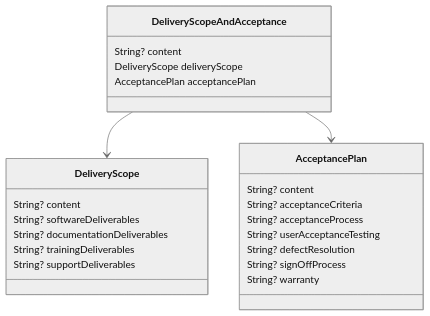
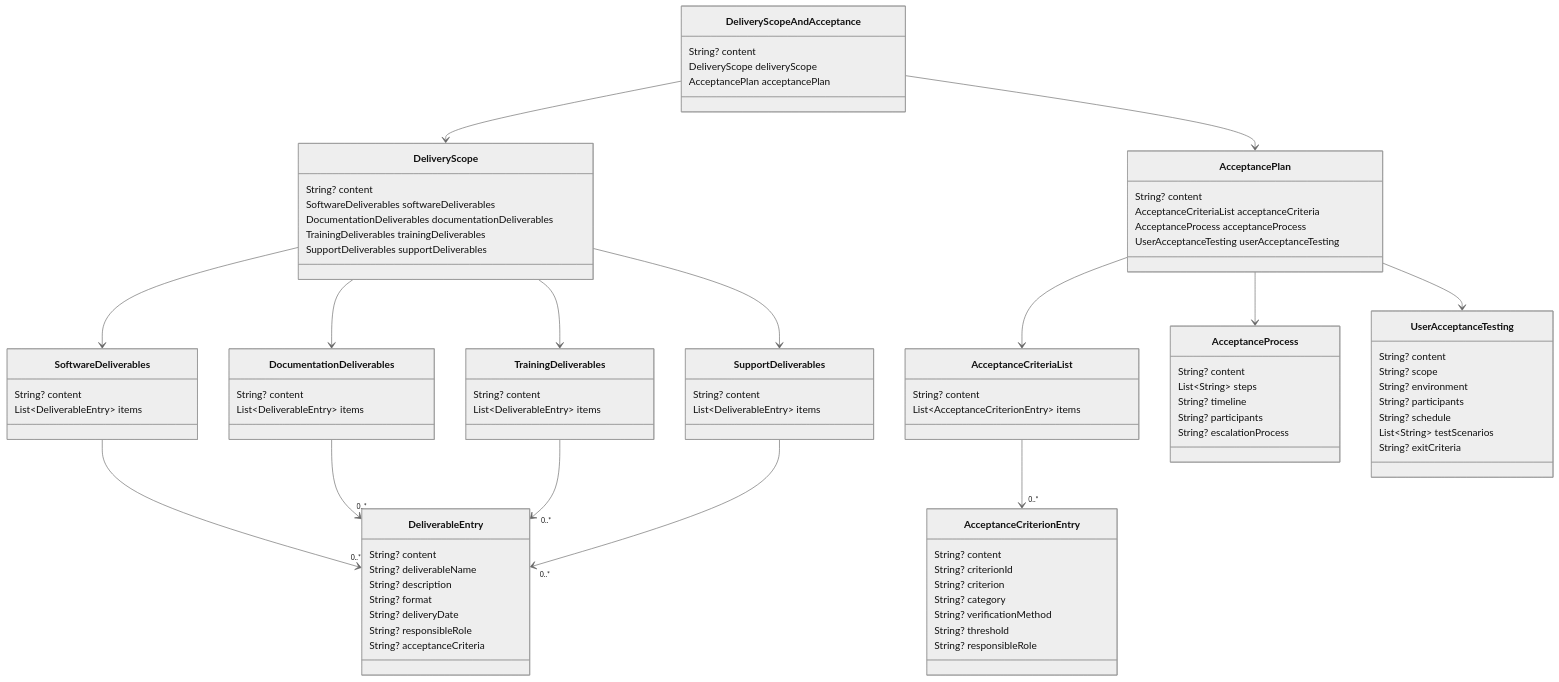
One commit to al-the-bear/tom_ai_build changed diagram 22 of 22 in tom_specs_model/doc/pd_project_definition_model.md. Above: the diagram before and after it, drawn with Mermaid (neutral theme). The commit also changed other lines of this file and 15 other files, not shown here.

````diff
--- a/tom_specs_model/doc/pd_project_definition_model.md
+++ b/tom_specs_model/doc/pd_project_definition_model.md
@@ -1467,22 +1915,94 @@
 
     class DeliveryScope {
         String? content
-        String? softwareDeliverables
-        String? documentationDeliverables
-        String? trainingDeliverables
-        String? supportDeliverables
+        SoftwareDeliverables softwareDeliverables
+        DocumentationDeliverables documentationDeliverables
+        TrainingDeliverables trainingDeliverables
+        SupportDeliverables supportDeliverables
+    }
+
+    class SoftwareDeliverables {
+        String? content
+        List~DeliverableEntry~ items
+    }
+
+    class DocumentationDeliverables {
+        String? content
+        List~DeliverableEntry~ items
+    }
+
+    class TrainingDeliverables {
+        String? content
+        List~DeliverableEntry~ items
+    }
+
+    class SupportDeliverables {
+        String? content
+        List~DeliverableEntry~ items
+    }
+
+    class DeliverableEntry {
+        String? content
+        String? deliverableName
+        String? description
+        String? format
+        String? deliveryDate
+        String? responsibleRole
+        String? acceptanceCriteria
     }
 
     class AcceptancePlan {
         String? content
-        String? acceptanceCriteria
-        String? acceptanceProcess
-        String? userAcceptanceTesting
-        String? defectResolution
-        String? signOffProcess
-        String? warranty
+        AcceptanceCriteriaList acceptanceCriteria
+        AcceptanceProcess acceptanceProcess
+        UserAcceptanceTesting userAcceptanceTesting
+    }
+
+    class AcceptanceCriteriaList {
+        String? content
+        List~AcceptanceCriterionEntry~ items
+    }
+
+    class AcceptanceCriterionEntry {
+        String? content
+        String? criterionId
+        String? criterion
+        String? category
+        String? verificationMethod
+        String? threshold
+        String? responsibleRole
+    }
+
+    class AcceptanceProcess {
+        String? content
+        List~String~ steps
+        String? timeline
+        String? participants
+        String? escalationProcess
+    }
+
+    class UserAcceptanceTesting {
+        String? content
+        String? scope
+        String? environment
+        String? participants
+        String? schedule
+        List~String~ testScenarios
+        String? exitCriteria
     }
 
     DeliveryScopeAndAcceptance --> DeliveryScope
     DeliveryScopeAndAcceptance --> AcceptancePlan
+    DeliveryScope --> SoftwareDeliverables
+    DeliveryScope --> DocumentationDeliverables
+    DeliveryScope --> TrainingDeliverables
+    DeliveryScope --> SupportDeliverables
+    SoftwareDeliverables --> "0..*" DeliverableEntry
+    DocumentationDeliverables --> "0..*" DeliverableEntry
+    TrainingDeliverables --> "0..*" DeliverableEntry
+    SupportDeliverables --> "0..*" DeliverableEntry
+    AcceptancePlan --> AcceptanceCriteriaList
+    AcceptancePlan --> AcceptanceProcess
+    AcceptancePlan --> UserAcceptanceTesting
+    AcceptanceCriteriaList --> "0..*" AcceptanceCriterionEntry
 ```
````
